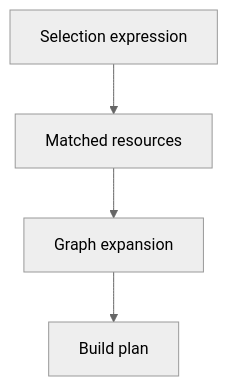
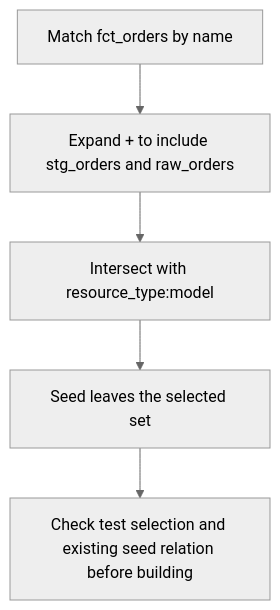
One commit to Rohit1024/dbt-learn changed the diagram in docs/lessons/0016-selectors-graph-operators-and-named-selections.md. Above: the diagram before and after it, drawn with Mermaid (neutral theme). The commit also changed other lines of this file and 4 other files, not shown here.

Commit message:
Expand Module 4 lessons on dbt selection and operations

````diff
--- a/docs/lessons/0016-selectors-graph-operators-and-named-selections.md
+++ b/docs/lessons/0016-selectors-graph-operators-and-named-selections.md
@@ -7,8 +16,7 @@
 ```mermaid
 flowchart TD
-    A["Selection expression"]
-    B["Matched resources"]
-    C["Graph expansion"]
-    D["Build plan"]
-    A --> B --> C --> D
+    A["Match fct_orders by name"] --> B["Expand + to include stg_orders and raw_orders"]
+    B --> C["Intersect with resource_type:model"]
+    C --> D["Seed leaves the selected set"]
+    D --> E["Check test selection and existing seed relation before building"]
 ```
````
